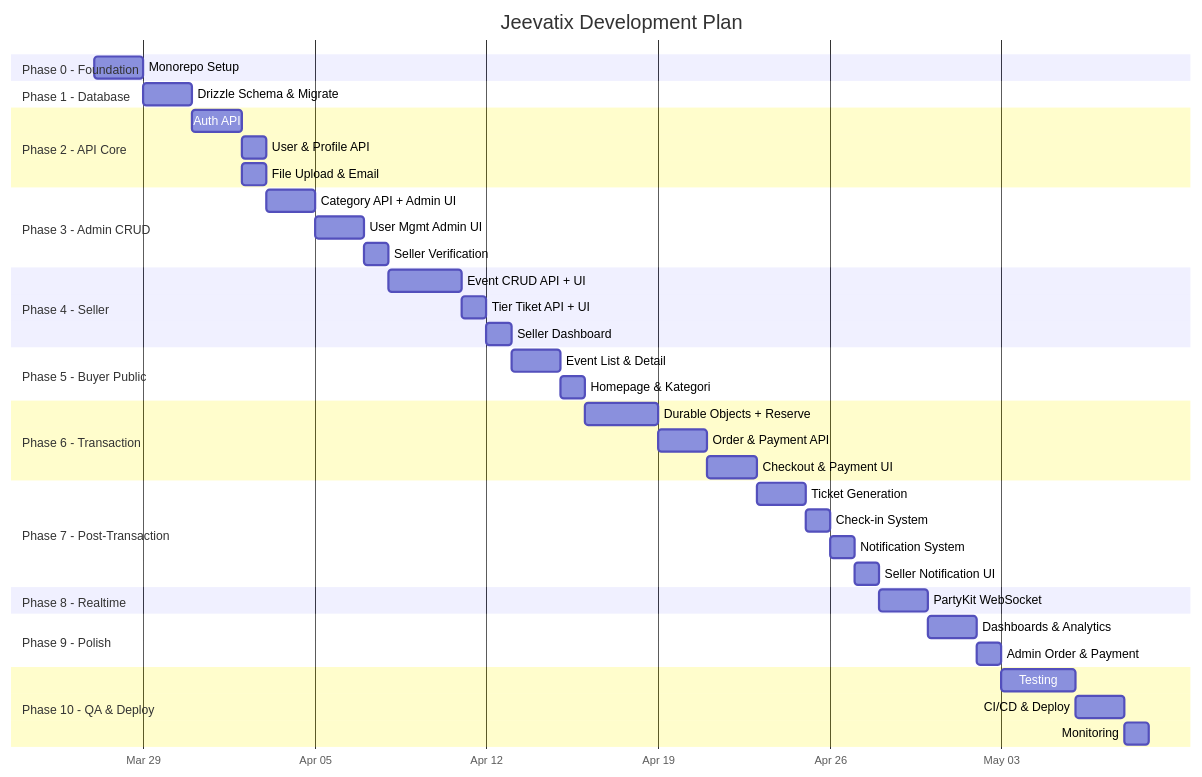
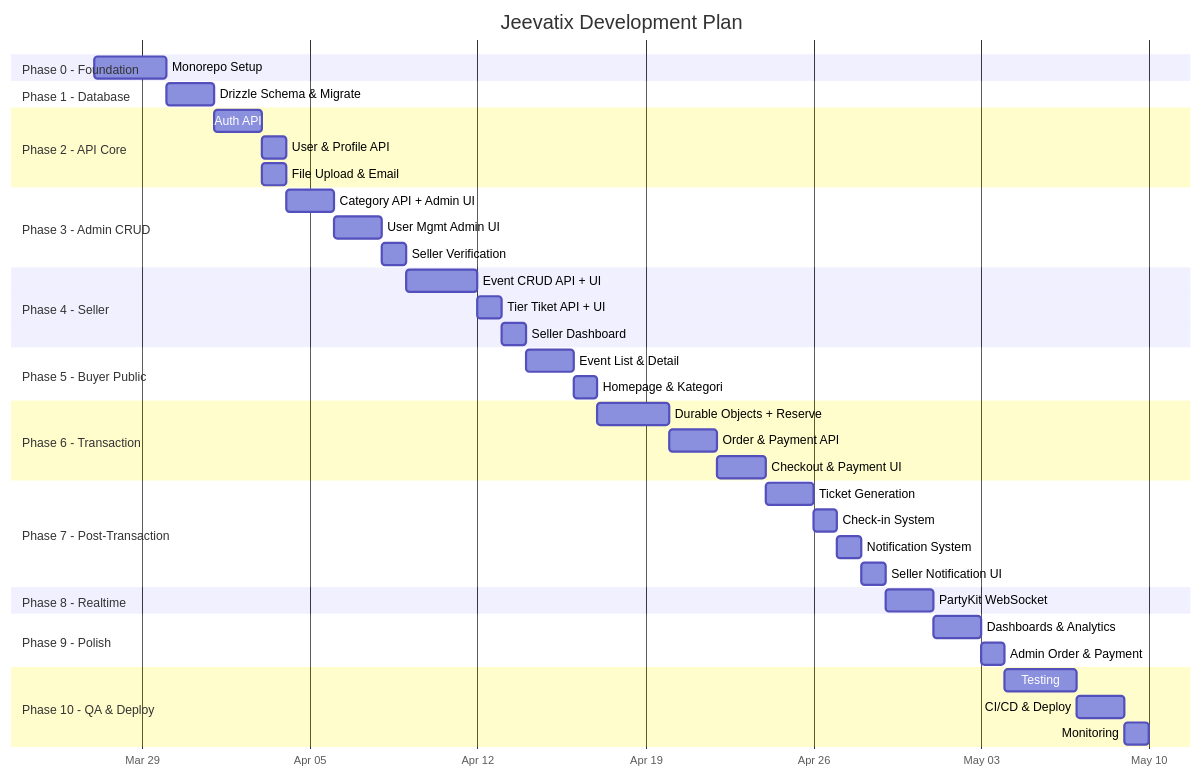
Before and after one commit to oppytut/jeevatix: the first of 2 diagrams in DEVELOPMENT_PLAN.md, drawn with Mermaid. The commit also changed other lines of this file and 1 other file, not shown here.

Commit message:
docs: update README and DEVELOPMENT_PLAN to include ESLint, Prettier, and Playwright setup instructions

````diff
--- a/DEVELOPMENT_PLAN.md
+++ b/DEVELOPMENT_PLAN.md
@@ -48,54 +54,54 @@
 ```mermaid
 gantt
     title Jeevatix Development Plan
     dateFormat  YYYY-MM-DD
     axisFormat  %b %d
     
     section Phase 0 - Foundation
-    Monorepo Setup           :p0, 2026-03-27, 2d
+    Monorepo Setup           :p0, 2026-03-27, 3d
     
     section Phase 1 - Database
     Drizzle Schema & Migrate :p1, after p0, 2d
     
     section Phase 2 - API Core
     Auth API                 :p2a, after p1, 2d
     User & Profile API       :p2b, after p2a, 1d
     File Upload & Email      :p2c, after p2a, 1d
     
     section Phase 3 - Admin CRUD
     Category API + Admin UI  :p3a, after p2b, 2d
     User Mgmt Admin UI       :p3b, after p3a, 2d
     Seller Verification      :p3c, after p3b, 1d
     
     section Phase 4 - Seller
     Event CRUD API + UI      :p4a, after p3c, 3d
     Tier Tiket API + UI      :p4b, after p4a, 1d
     Seller Dashboard         :p4c, after p4b, 1d
     
     section Phase 5 - Buyer Public
     Event List & Detail      :p5a, after p4c, 2d
     Homepage & Kategori      :p5b, after p5a, 1d
     
     section Phase 6 - Transaction
     Durable Objects + Reserve:p6a, after p5b, 3d
     Order & Payment API      :p6b, after p6a, 2d
     Checkout & Payment UI    :p6c, after p6b, 2d
     
     section Phase 7 - Post-Transaction
     Ticket Generation        :p7a, after p6c, 2d
     Check-in System          :p7b, after p7a, 1d
     Notification System      :p7c, after p7b, 1d
     Seller Notification UI   :p7d, after p7c, 1d
     
     section Phase 8 - Realtime
     PartyKit WebSocket       :p8, after p7d, 2d
     
     section Phase 9 - Polish
     Dashboards & Analytics   :p9a, after p8, 2d
     Admin Order & Payment    :p9b, after p9a, 1d
     
     section Phase 10 - QA & Deploy
     Testing                  :p10a, after p9b, 3d
     CI/CD & Deploy           :p10b, after p10a, 2d
     Monitoring               :p10c, after p10b, 1d
 ```
````
